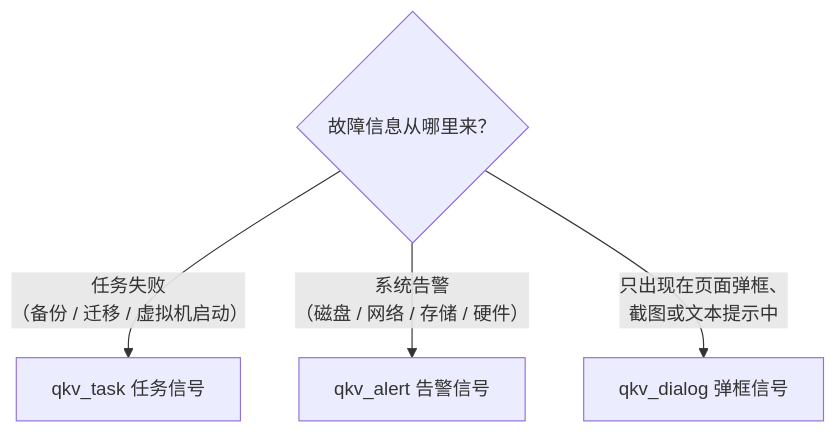
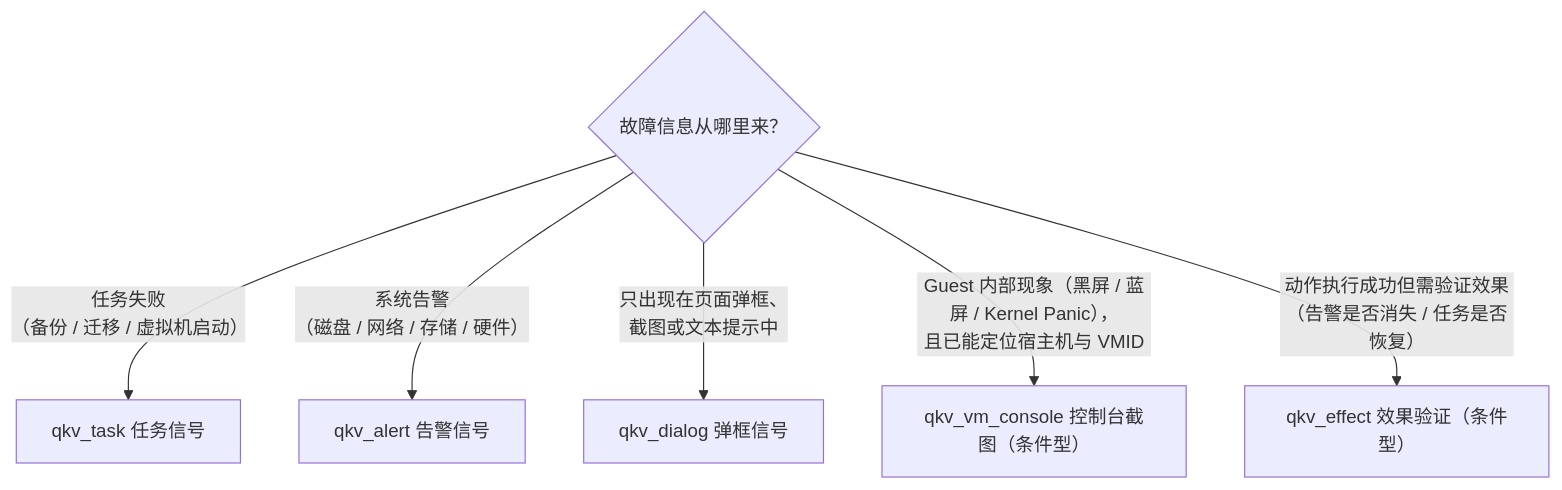
The fourth of 6 diagrams in docs/solution/agent/KBD审核发布操作指南.md (tomturing/hci-troubleshoot-platform), drawn with Mermaid before and after one commit. The commit also changed other lines of this file and 129 other files, not shown here.

First line of the commit message:
feat: 落地 qkv_vm_console/qkv_effect 条件型生产者与共享镜像源脚本 (#875)

````diff
--- a/docs/solution/agent/KBD审核发布操作指南.md
+++ b/docs/solution/agent/KBD审核发布操作指南.md
@@ -262,7 +276,9 @@
 ```mermaid
 flowchart TD
     Q{"故障信息从哪里来？"}
     Q -->|"任务失败<br/>（备份 / 迁移 / 虚拟机启动）"| T["qkv_task 任务信号"]
     Q -->|"系统告警<br/>（磁盘 / 网络 / 存储 / 硬件）"| A["qkv_alert 告警信号"]
     Q -->|"只出现在页面弹框、<br/>截图或文本提示中"| D["qkv_dialog 弹框信号"]
+    Q -->|"Guest 内部现象（黑屏 / 蓝屏 / Kernel Panic），<br/>且已能定位宿主机与 VMID"| V["qkv_vm_console 控制台截图（条件型）"]
+    Q -->|"动作执行成功但需验证效果<br/>（告警是否消失 / 任务是否恢复）"| E["qkv_effect 效果验证（条件型）"]
 ```
````
